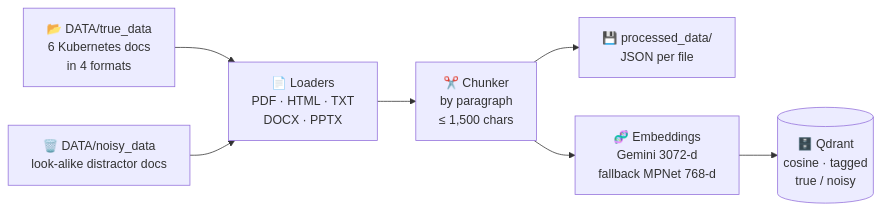
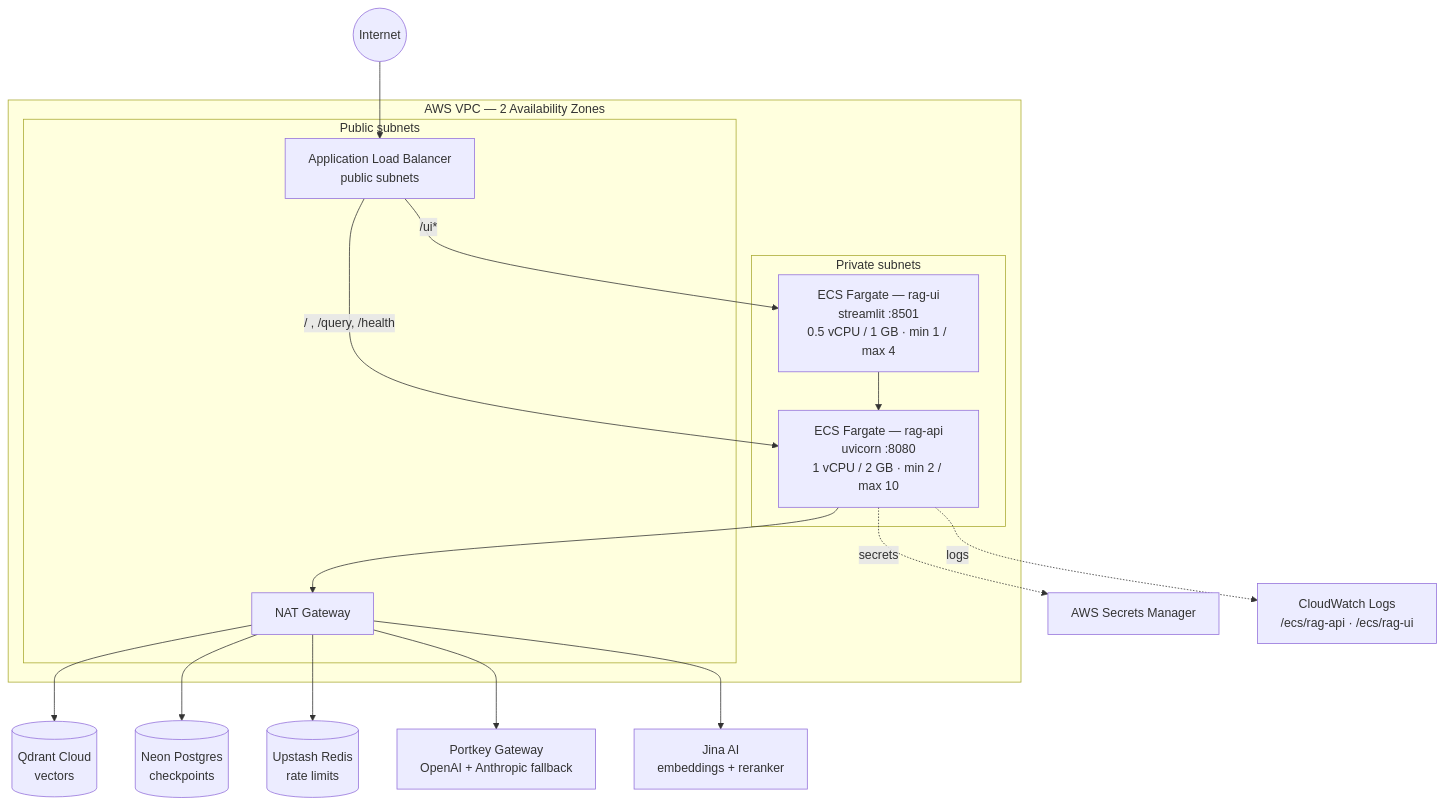
Before and after one commit to nishantrv/Production-Multi-Agentic-RAG-System-: the second of 3 diagrams in README.md, drawn with Mermaid. The commit also changed other lines of this file and 6 other files, not shown here.

First line of the commit message:
docs: document the AWS ECS Fargate deployment

````diff
--- a/README.md
+++ b/README.md
@@ -76,9 +54,28 @@
 ```mermaid
-flowchart LR
-    T["📂 DATA/true_data<br/>6 Kubernetes docs<br/>in 4 formats"] --> L
-    N["🗑️ DATA/noisy_data<br/>look-alike distractor docs"] --> L
-    L["📄 Loaders<br/>PDF · HTML · TXT<br/>DOCX · PPTX"] --> C["✂️ Chunker<br/>by paragraph<br/>≤ 1,500 chars"]
-    C --> J["💾 processed_data/<br/>JSON per file"]
-    C --> E["🧬 Embeddings<br/>Gemini 3072-d<br/>fallback MPNet 768-d"]
-    E --> Q[("🗄️ Qdrant<br/>cosine · tagged<br/>true / noisy")]
+graph TD
+    Client((Internet)) --> ALB[Application Load Balancer<br/>public subnets]
+
+    subgraph VPC["AWS VPC — 2 Availability Zones"]
+        subgraph Public["Public subnets"]
+            ALB
+            NAT[NAT Gateway]
+        end
+        subgraph Private["Private subnets"]
+            API[ECS Fargate — rag-api<br/>uvicorn :8080<br/>1 vCPU / 2 GB · min 2 / max 10]
+            UIS[ECS Fargate — rag-ui<br/>streamlit :8501<br/>0.5 vCPU / 1 GB · min 1 / max 4]
+        end
+    end
+
+    ALB -->|/ , /query, /health| API
+    ALB -->|/ui*| UIS
+    UIS --> API
+    API --> NAT
+    NAT --> Qdrant[(Qdrant Cloud<br/>vectors)]
+    NAT --> Neon[(Neon Postgres<br/>checkpoints)]
+    NAT --> Redis[(Upstash Redis<br/>rate limits)]
+    NAT --> LLM[Portkey Gateway<br/>OpenAI + Anthropic fallback]
+    NAT --> Jina[Jina AI<br/>embeddings + reranker]
+
+    API -. secrets .-> SM[AWS Secrets Manager]
+    API -. logs .-> CW[CloudWatch Logs<br/>/ecs/rag-api · /ecs/rag-ui]
 ```
````
